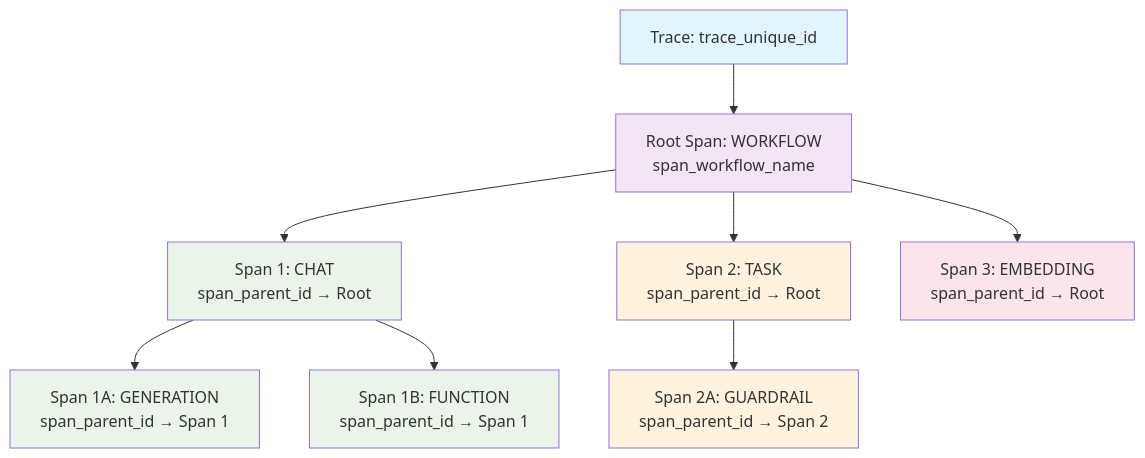
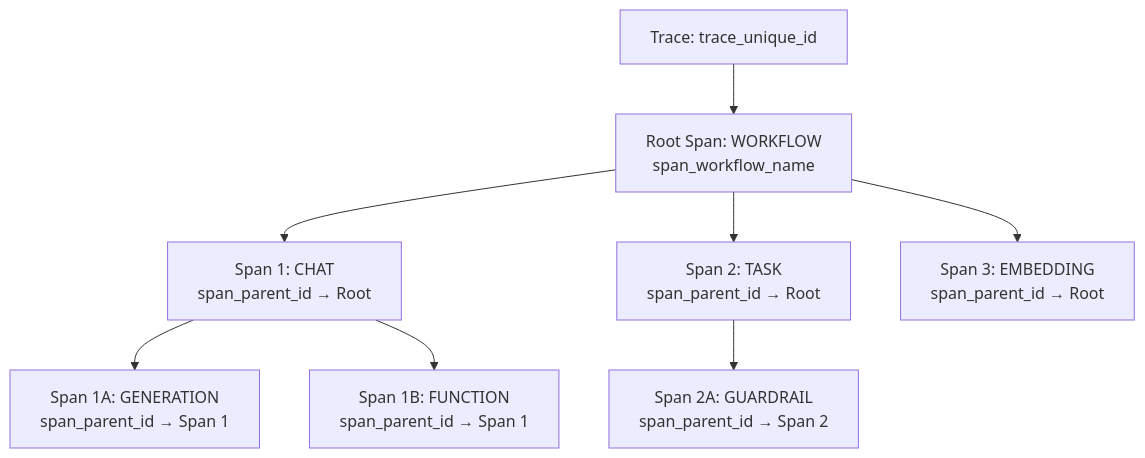
Before and after one commit to Keywords-AI/Keywords-AI-Docs: the first of 2 diagrams in get-started/observability_data_model.mdx, drawn with Mermaid. The commit also changed other lines of this file and 17 other files, not shown here.

````diff
--- a/get-started/observability_data_model.mdx
+++ b/get-started/observability_data_model.mdx
@@ -123,21 +167,12 @@
 ```mermaid
 graph TD
     T[Trace: trace_unique_id] --> RS[Root Span: WORKFLOW<br/>span_workflow_name]
     RS --> S1[Span 1: CHAT<br/>span_parent_id → Root]
     RS --> S2[Span 2: TASK<br/>span_parent_id → Root]
     RS --> S3[Span 3: EMBEDDING<br/>span_parent_id → Root]
     
     S1 --> S1A[Span 1A: GENERATION<br/>span_parent_id → Span 1]
     S1 --> S1B[Span 1B: FUNCTION<br/>span_parent_id → Span 1]
     
     S2 --> S2A[Span 2A: GUARDRAIL<br/>span_parent_id → Span 2]
-    
-    style T fill:#e1f5fe
-    style RS fill:#f3e5f5
-    style S1 fill:#e8f5e8
-    style S2 fill:#fff3e0
-    style S3 fill:#fce4ec
-    style S1A fill:#e8f5e8
-    style S1B fill:#e8f5e8
-    style S2A fill:#fff3e0
 ```
````
